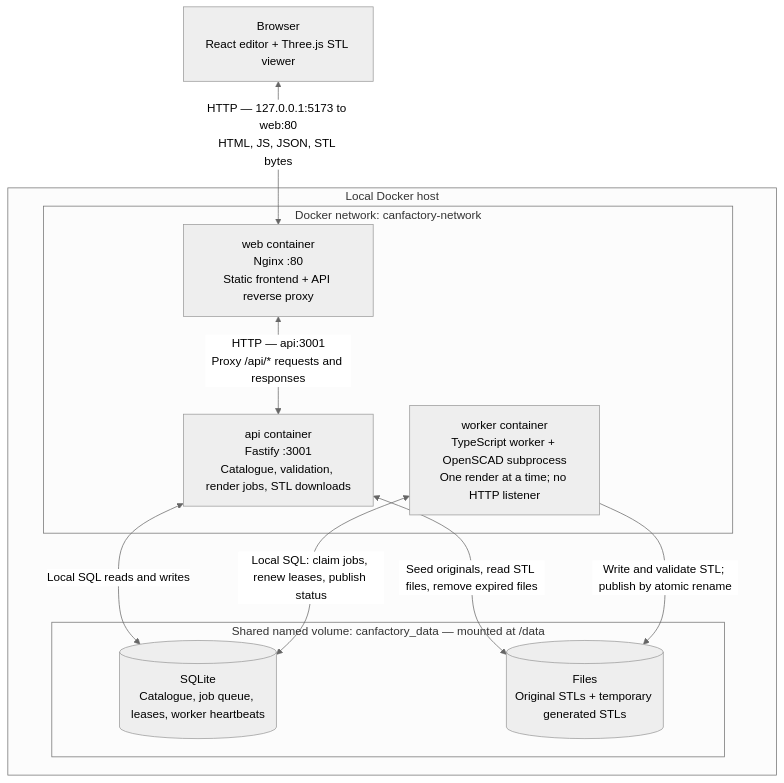
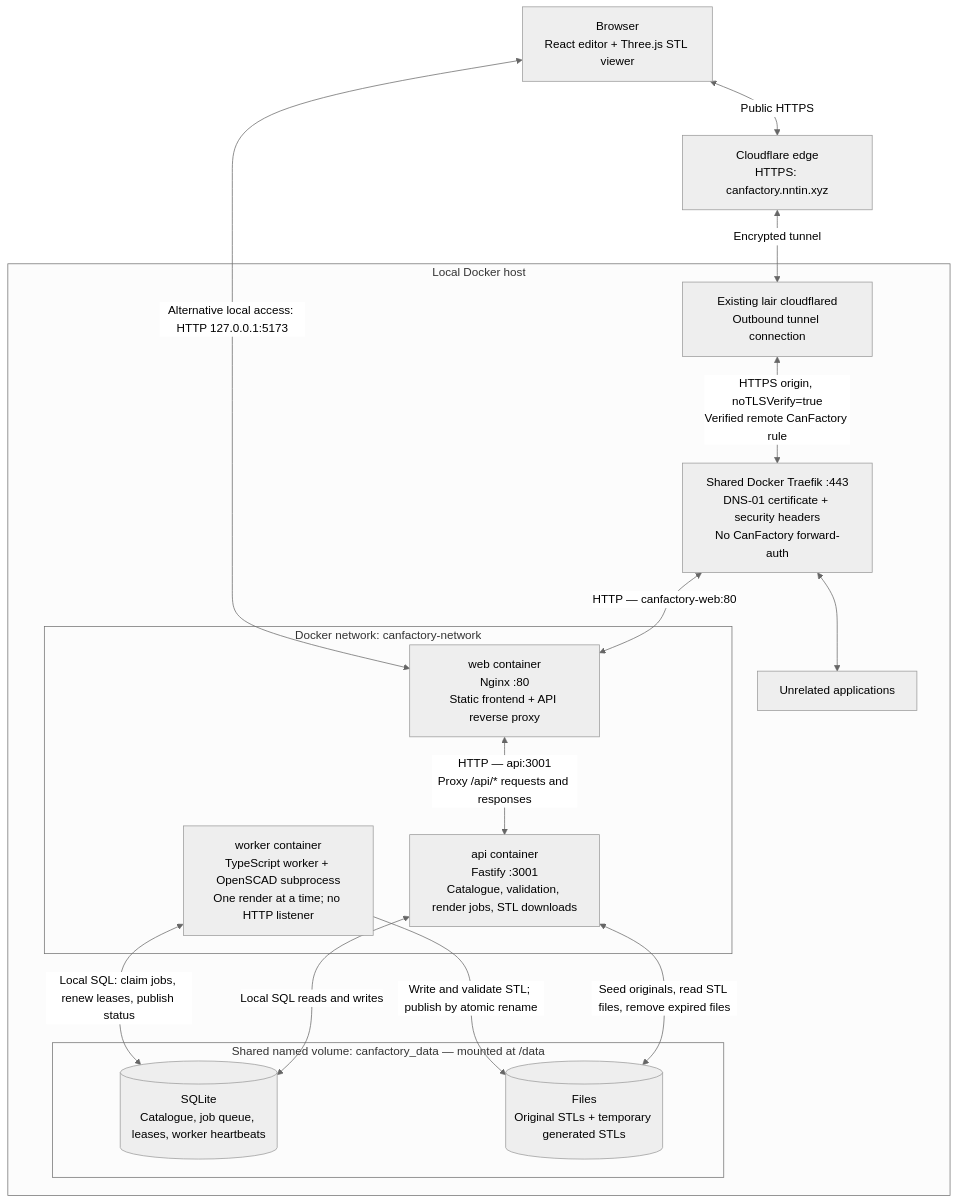
One commit to NNTin/CanFactory changed the first of 4 diagrams in docs/container-architecture.md. Above: the diagram before and after it, drawn with Mermaid (neutral theme). The commit also changed other lines of this file and 1 other file, not shown here.

````diff
--- a/docs/container-architecture.md
+++ b/docs/container-architecture.md
@@ -9,23 +10,32 @@
 ```mermaid
 flowchart TB
     browser["Browser<br/>React editor + Three.js STL viewer"]
+    edge["Cloudflare edge<br/>HTTPS: canfactory.nntin.xyz"]
+    browser <-->|"Public HTTPS"| edge
 
     subgraph host["Local Docker host"]
+        tunnel["Existing lair cloudflared<br/>Outbound tunnel connection"]
+        traefik["Shared Docker Traefik :443<br/>DNS-01 certificate + security headers<br/>No CanFactory forward-auth"]
+        other["Unrelated applications"]
         subgraph network["Docker network: canfactory-network"]
             web["web container<br/>Nginx :80<br/>Static frontend + API reverse proxy"]
             api["api container<br/>Fastify :3001<br/>Catalogue, validation, render jobs, STL downloads"]
             worker["worker container<br/>TypeScript worker + OpenSCAD subprocess<br/>One render at a time; no HTTP listener"]
         end
         subgraph volume["Shared named volume: canfactory_data — mounted at /data"]
             db[("SQLite<br/>Catalogue, job queue, leases, worker heartbeats")]
             files[("Files<br/>Original STLs + temporary generated STLs")]
         end
     end
 
-    browser <-->|"HTTP — 127.0.0.1:5173 to web:80<br/>HTML, JS, JSON, STL bytes"| web
+    edge <-->|"Encrypted tunnel"| tunnel
+    tunnel <-->|"HTTPS origin, noTLSVerify=true<br/>Verified remote CanFactory rule"| traefik
+    traefik <-->|"HTTP — canfactory-web:80"| web
+    traefik <--> other
+    browser <-->|"Alternative local access: HTTP 127.0.0.1:5173"| web
     web <-->|"HTTP — api:3001<br/>Proxy /api/* requests and responses"| api
     api <-->|"Local SQL reads and writes"| db
     worker <-->|"Local SQL: claim jobs, renew leases, publish status"| db
     api <-->|"Seed originals, read STL files, remove expired files"| files
     worker -->|"Write and validate STL; publish by atomic rename"| files
 ```
````
